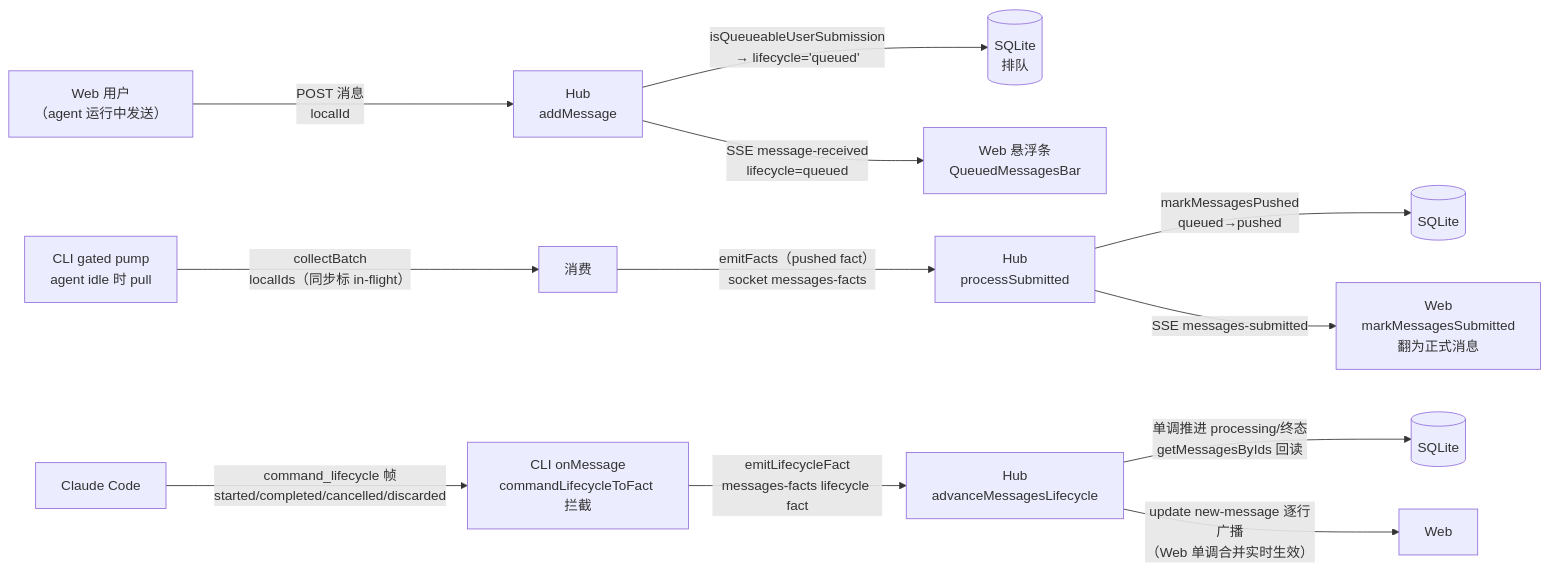
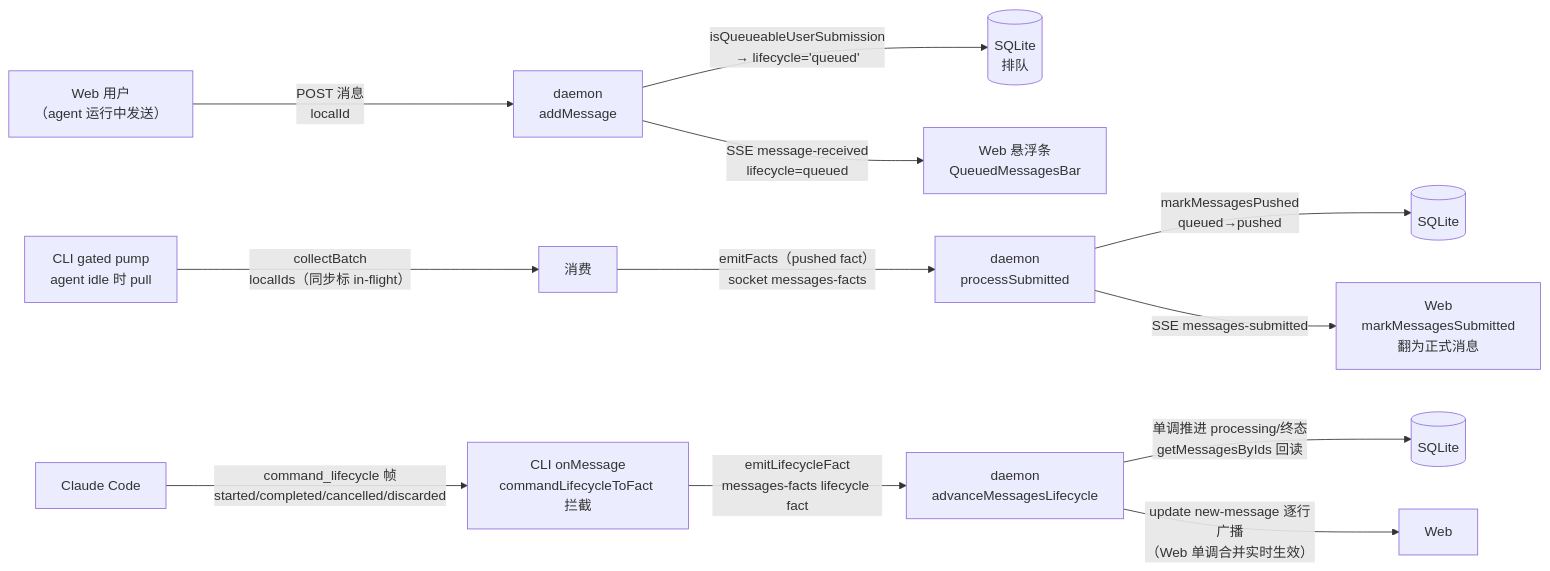
One commit to ModuBit/mobi changed the third of 4 diagrams in docs/architecture/message-lifecycle.md. Above: the diagram before and after it, drawn with Mermaid. The commit also changed other lines of this file and 86 other files, not shown here.

````diff
--- a/docs/architecture/message-lifecycle.md
+++ b/docs/architecture/message-lifecycle.md
@@ -418,16 +418,16 @@
 ```mermaid
 flowchart LR
-    Web["Web 用户<br/>（agent 运行中发送）"] -->|"POST 消息<br/>localId"| Hub["Hub<br/>addMessage"]
-    Hub -->|"isQueueableUserSubmission<br/>→ lifecycle='queued'"| DB[("SQLite<br/>排队")]
-    Hub -->|"SSE message-received<br/>lifecycle=queued"| WebBar["Web 悬浮条<br/>QueuedMessagesBar"]
+    Web["Web 用户<br/>（agent 运行中发送）"] -->|"POST 消息<br/>localId"| daemon["daemon<br/>addMessage"]
+    daemon -->|"isQueueableUserSubmission<br/>→ lifecycle='queued'"| DB[("SQLite<br/>排队")]
+    daemon -->|"SSE message-received<br/>lifecycle=queued"| WebBar["Web 悬浮条<br/>QueuedMessagesBar"]
 
     CLI["CLI gated pump<br/>agent idle 时 pull"] -->|"collectBatch<br/>localIds（同步标 in-flight）"| Consume["消费"]
-    Consume -->|"emitFacts（pushed fact）<br/>socket messages-facts"| Hub2["Hub<br/>processSubmitted"]
-    Hub2 -->|"markMessagesPushed<br/>queued→pushed"| DB2[("SQLite")]
-    Hub2 -->|"SSE messages-submitted"| WebFinal["Web<br/>markMessagesSubmitted<br/>翻为正式消息"]
+    Consume -->|"emitFacts（pushed fact）<br/>socket messages-facts"| Daemon2["daemon<br/>processSubmitted"]
+    Daemon2 -->|"markMessagesPushed<br/>queued→pushed"| DB2[("SQLite")]
+    Daemon2 -->|"SSE messages-submitted"| WebFinal["Web<br/>markMessagesSubmitted<br/>翻为正式消息"]
 
     CC["Claude Code"] -->|"command_lifecycle 帧<br/>started/completed/cancelled/discarded"| Intercept["CLI onMessage<br/>commandLifecycleToFact 拦截"]
-    Intercept -->|"emitLifecycleFact<br/>messages-facts lifecycle fact"| Hub3["Hub<br/>advanceMessagesLifecycle"]
-    Hub3 -->|"单调推进 processing/终态<br/>getMessagesByIds 回读"| DB3[("SQLite")]
-    Hub3 -->|"update new-message 逐行广播<br/>（Web 单调合并实时生效）"| WebT["Web"]
+    Intercept -->|"emitLifecycleFact<br/>messages-facts lifecycle fact"| Daemon3["daemon<br/>advanceMessagesLifecycle"]
+    Daemon3 -->|"单调推进 processing/终态<br/>getMessagesByIds 回读"| DB3[("SQLite")]
+    Daemon3 -->|"update new-message 逐行广播<br/>（Web 单调合并实时生效）"| WebT["Web"]
 ```
````
